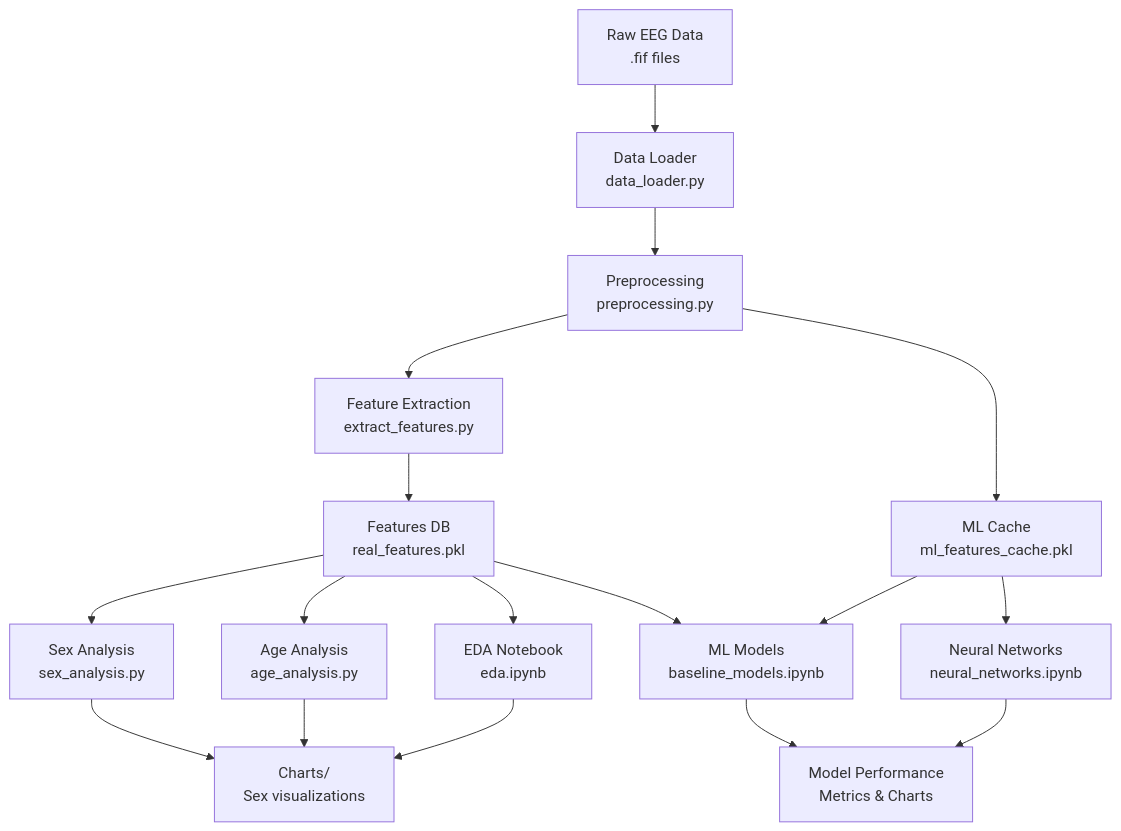
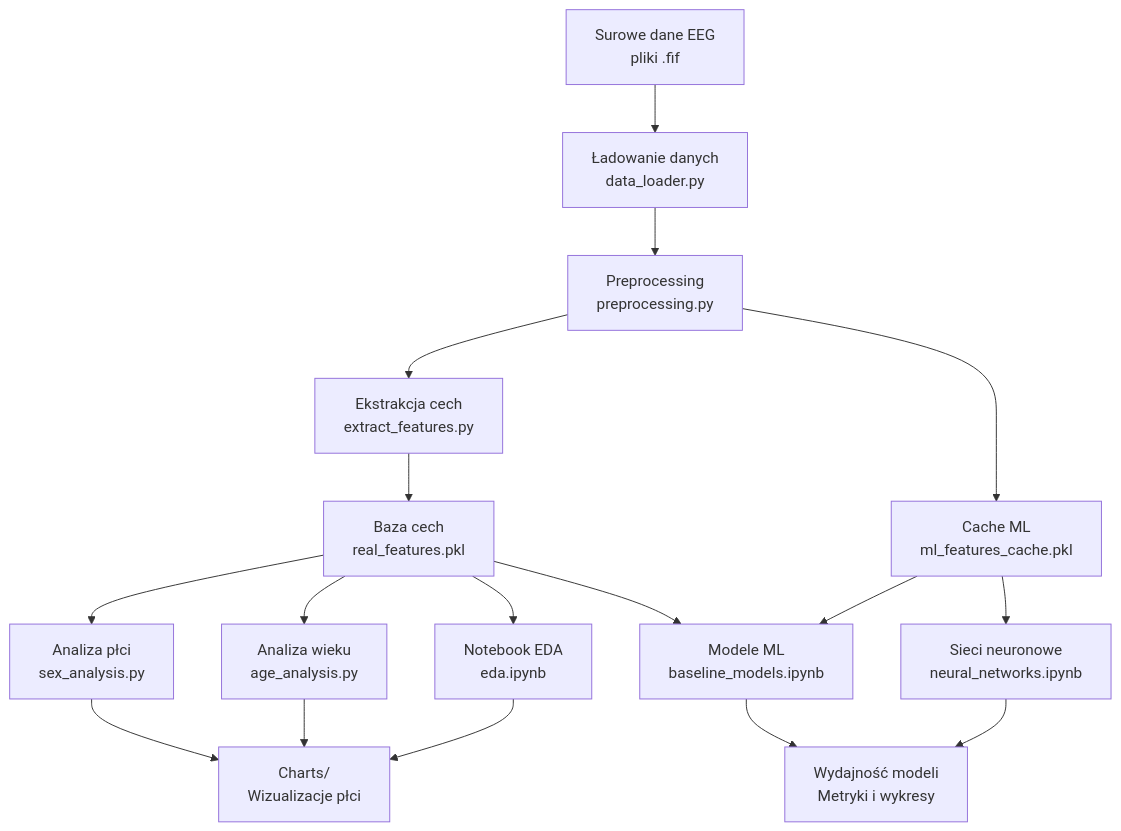
One commit to wsparcie/ai-ml-neuron-rekrutacja-2025 changed the first of 4 diagrams in README.md. Above: the diagram before and after it, drawn with Mermaid. The commit also changed other lines of this file, not shown here.

````diff
--- a/README.md
+++ b/README.md
@@ -69,19 +65,19 @@
 ```mermaid
 graph TD
-    A[Raw EEG Data<br/>.fif files] --> B[Data Loader<br/>data_loader.py]
+    A[Surowe dane EEG<br/>pliki .fif] --> B[Ładowanie danych<br/>data_loader.py]
     B --> C[Preprocessing<br/>preprocessing.py]
-    C --> D[Feature Extraction<br/>extract_features.py]
-    D --> E[Features DB<br/>real_features.pkl]
-    E --> F[Sex Analysis<br/>sex_analysis.py]
-    E --> G[Age Analysis<br/>age_analysis.py]
-    E --> H[EDA Notebook<br/>eda.ipynb]
-    E --> I[ML Models<br/>baseline_models.ipynb]
-    C --> J[ML Cache<br/>ml_features_cache.pkl]
+    C --> D[Ekstrakcja cech<br/>extract_features.py]
+    D --> E[Baza cech<br/>real_features.pkl]
+    E --> F[Analiza płci<br/>sex_analysis.py]
+    E --> G[Analiza wieku<br/>age_analysis.py]
+    E --> H[Notebook EDA<br/>eda.ipynb]
+    E --> I[Modele ML<br/>baseline_models.ipynb]
+    C --> J[Cache ML<br/>ml_features_cache.pkl]
     J --> I
-    J --> K[Neural Networks<br/>neural_networks.ipynb]
-    F --> L[Charts/<br/>Sex visualizations]
+    J --> K[Sieci neuronowe<br/>neural_networks.ipynb]
+    F --> L[Charts/<br/>Wizualizacje płci]
     G --> L
     H --> L
-    I --> M[Model Performance<br/>Metrics & Charts]
+    I --> M[Wydajność modeli<br/>Metryki i wykresy]
     K --> M
 ```
````
